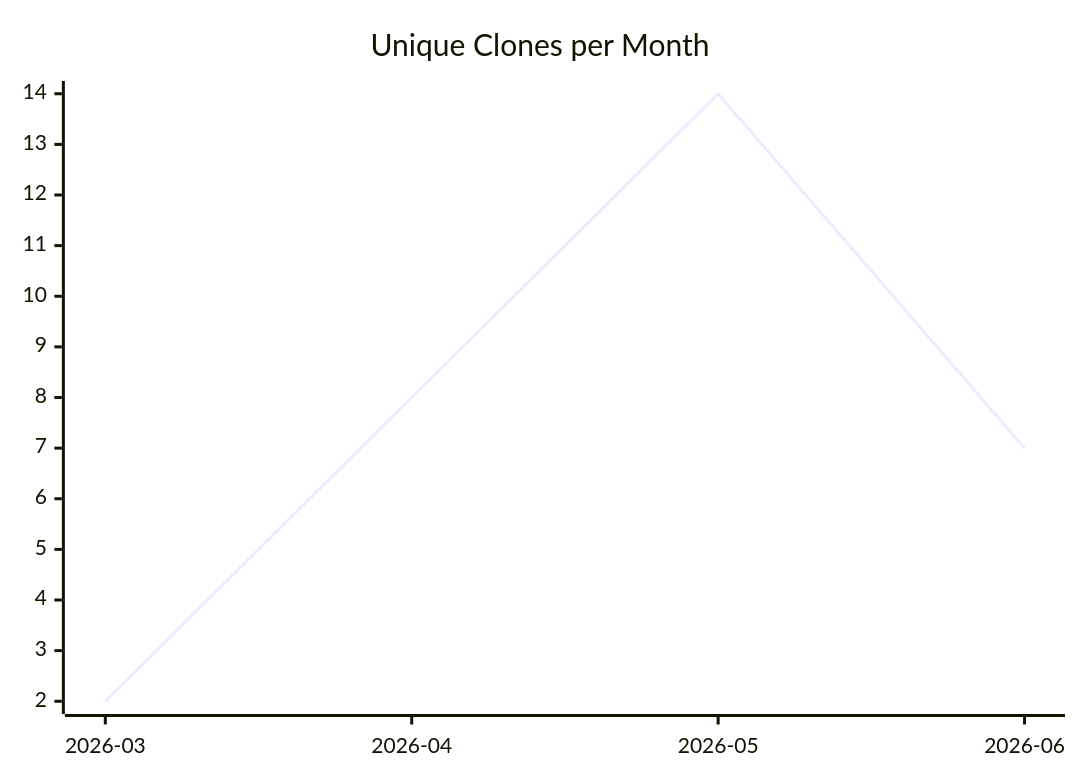
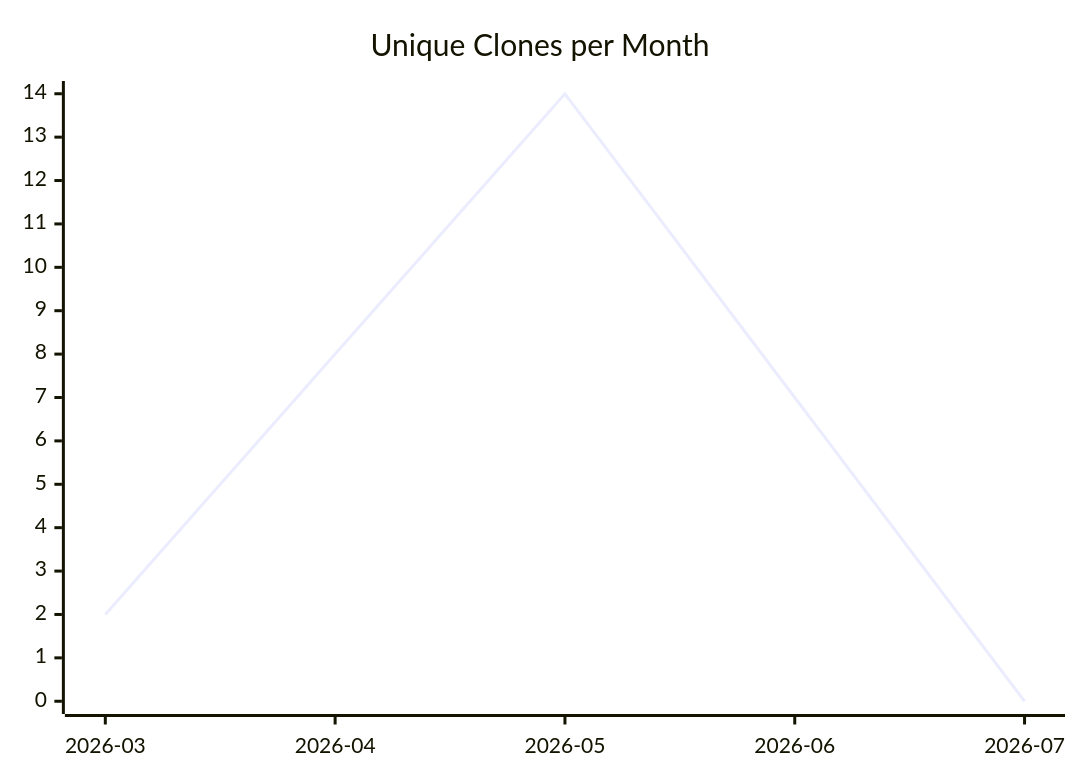
One commit to justdavis-family/github-analytics-data changed the third of 3 diagrams in karlmdavis/hello-rust-actix/README.md. Above: the diagram before and after it, drawn with Mermaid. The commit also changed other lines of this file and 199 other files, not shown here.

````diff
--- a/karlmdavis/hello-rust-actix/README.md
+++ b/karlmdavis/hello-rust-actix/README.md
@@ -19,6 +19,6 @@
 ```mermaid
 xychart-beta
   title "Unique Clones per Month"
-  x-axis ["2026-03", "2026-04", "2026-05", "2026-06"]
-  line [2, 8, 14, 7]
+  x-axis ["2026-03", "2026-04", "2026-05", "2026-06", "2026-07"]
+  line [2, 8, 14, 7, 0]
 ```
````
